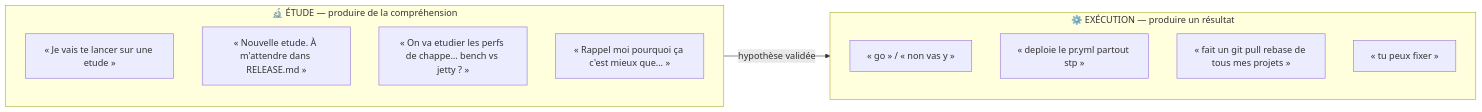
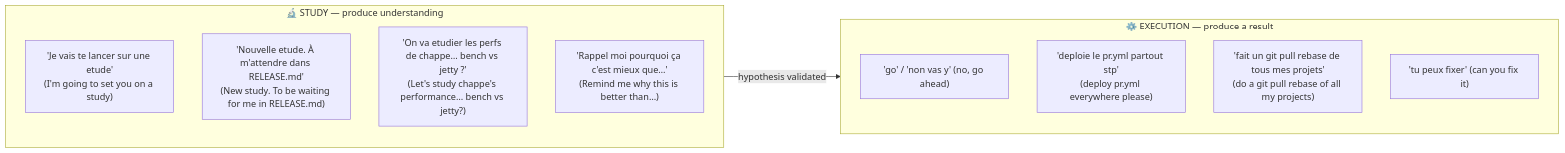
The second of 4 diagrams in WORK_WITH_CLAUDE.md (vidocq-stack/vidocq-workspace), drawn with Mermaid before and after one commit. The commit also changed other lines of this file, not shown here.

````diff
--- a/WORK_WITH_CLAUDE.md
+++ b/WORK_WITH_CLAUDE.md
@@ -76,18 +78,18 @@
 ```mermaid
 flowchart LR
-    subgraph ETUDE["🔬 ÉTUDE — produire de la compréhension"]
+    subgraph STUDY["🔬 STUDY — produce understanding"]
       direction TB
-      E1["« Je vais te lancer sur une etude »"]
-      E2["« Nouvelle etude. À m'attendre dans RELEASE.md »"]
-      E3["« On va etudier les perfs de chappe… bench vs jetty ? »"]
-      E4["« Rappel moi pourquoi ça c'est mieux que… »"]
+      E1["'Je vais te lancer sur une etude'<br/>(I'm going to set you on a study)"]
+      E2["'Nouvelle etude. À m'attendre dans RELEASE.md'<br/>(New study. To be waiting for me in RELEASE.md)"]
+      E3["'On va etudier les perfs de chappe… bench vs jetty ?'<br/>(Let's study chappe's performance… bench vs jetty?)"]
+      E4["'Rappel moi pourquoi ça c'est mieux que…'<br/>(Remind me why this is better than…)"]
     end
-    subgraph EXEC["⚙️ EXÉCUTION — produire un résultat"]
+    subgraph EXEC["⚙️ EXECUTION — produce a result"]
       direction TB
-      X1["« go » / « non vas y »"]
-      X2["« deploie le pr.yml partout stp »"]
-      X3["« fait un git pull rebase de tous mes projets »"]
-      X4["« tu peux fixer »"]
+      X1["'go' / 'non vas y' (no, go ahead)"]
+      X2["'deploie le pr.yml partout stp'<br/>(deploy pr.yml everywhere please)"]
+      X3["'fait un git pull rebase de tous mes projets'<br/>(do a git pull rebase of all my projects)"]
+      X4["'tu peux fixer' (can you fix it)"]
     end
-    ETUDE -->|"hypothèse validée"| EXEC
+    STUDY -->|"hypothesis validated"| EXEC
 ```
````
